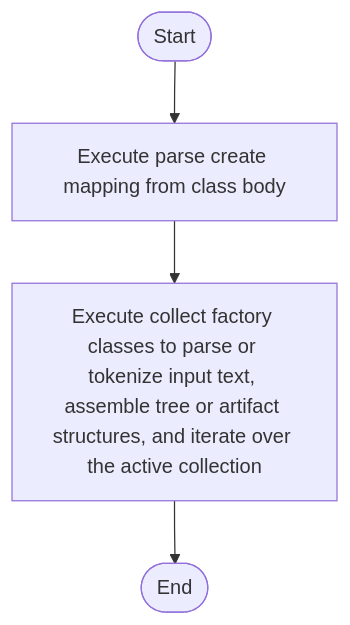
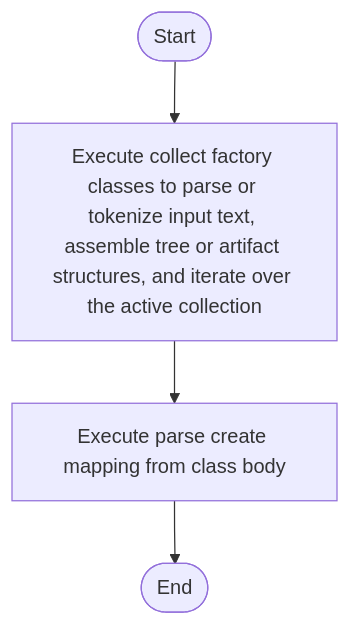
One commit to JohnAndrewBalbarosa/NeoTerritory changed the diagram in docs/Codebase/Microservice/Modules/Source/Creational/Transform/creational_transform_factory_reverse_parse.cpp.md. Above: the diagram before and after it, drawn with Mermaid. The commit also changed 148 other files, not shown here.

````diff
--- a/docs/Codebase/Microservice/Modules/Source/Creational/Transform/creational_transform_factory_reverse_parse.cpp.md
+++ b/docs/Codebase/Microservice/Modules/Source/Creational/Transform/creational_transform_factory_reverse_parse.cpp.md
@@ -26,10 +26,10 @@
 ```mermaid
 flowchart TD
     Start([Start])
-    N0[Execute parse create mapping from class body]
-    N1[Execute collect factory classes to parse or tokenize input text, assemble tree or artifact structures, and iterate over the active collection]
+    N0[Execute collect factory classes to parse or tokenize input text, assemble tree or artifact structures, and iterate over the active collection]
+    N1[Execute parse create mapping from class body]
     End([End])
     Start --> N0
     N0 --> N1
     N1 --> End
 ```
````
